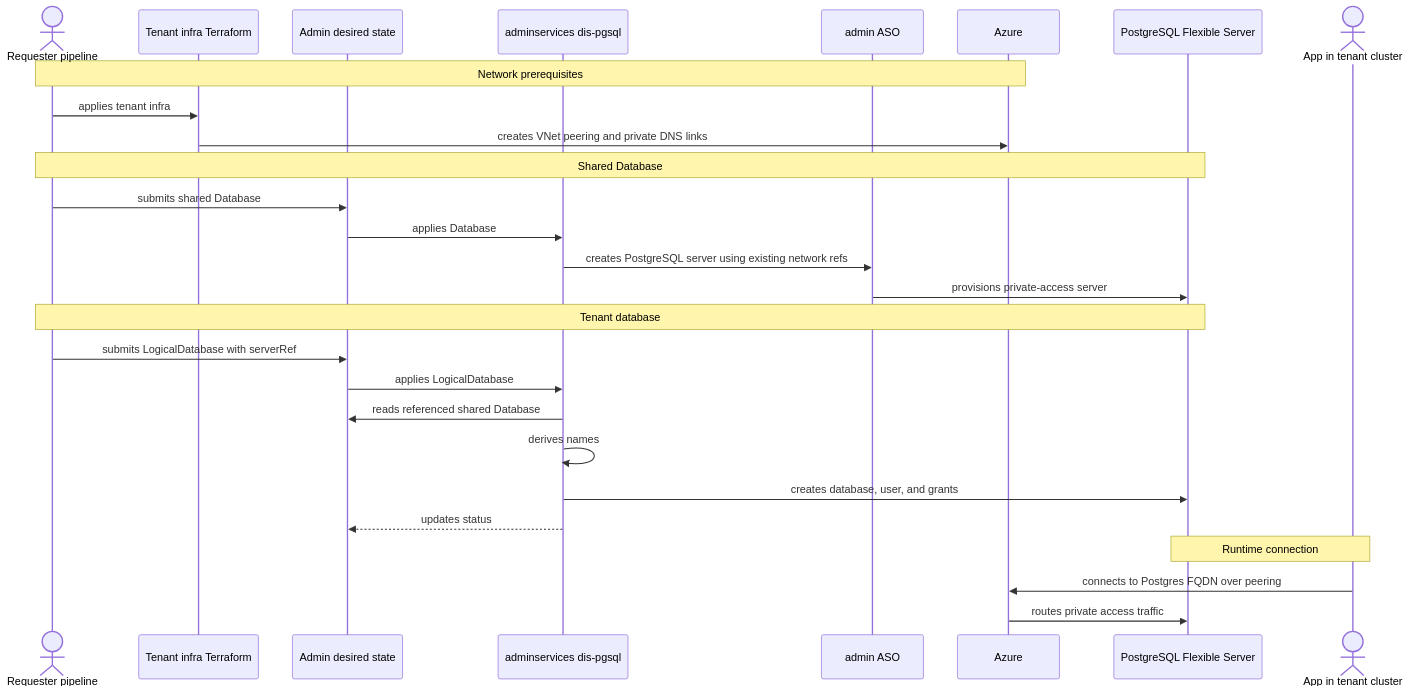
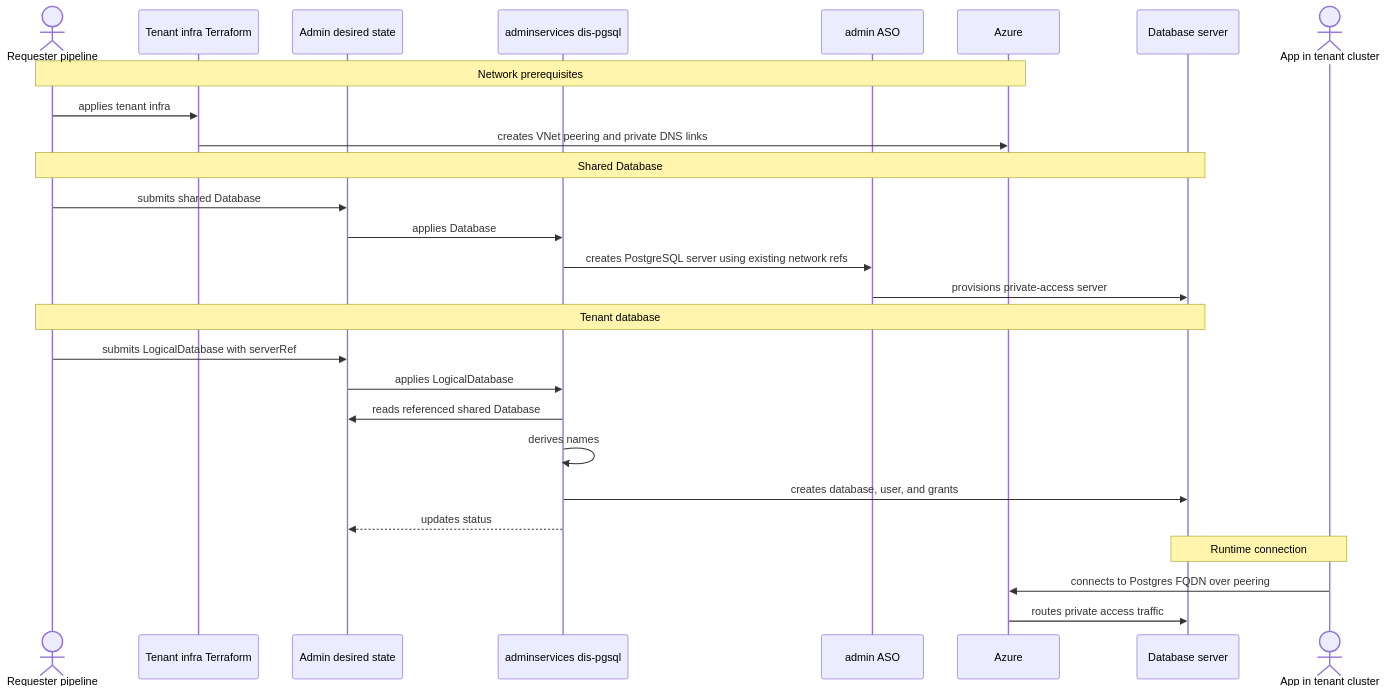
One commit to Altinn/altinn-platform changed the diagram in rfcs/0013-multitenant-dis-databases.md. Above: the diagram before and after it, drawn with Mermaid. The commit also changed other lines of this file, not shown here.

Commit message:
rfc: use dis database terminology

````diff
--- a/rfcs/0013-multitenant-dis-databases.md
+++ b/rfcs/0013-multitenant-dis-databases.md
@@ -47,33 +47,33 @@
 ```mermaid
 sequenceDiagram
     actor Requester as Requester pipeline
     participant Infra as Tenant infra Terraform
     participant DesiredState as Admin desired state
     participant Operator as adminservices dis-pgsql
     participant ASO as admin ASO
     participant Network as Azure
-    participant Postgres as PostgreSQL Flexible Server
+    participant Postgres as Database server
     actor App as App in tenant cluster
 
     Note over Requester,Network: Network prerequisites
     Requester->>Infra: applies tenant infra
     Infra->>Network: creates VNet peering and private DNS links
 
     Note over Requester,Postgres: Shared Database
     Requester->>DesiredState: submits shared Database
     DesiredState->>Operator: applies Database
     Operator->>ASO: creates PostgreSQL server using existing network refs
     ASO->>Postgres: provisions private-access server
 
     Note over Requester,Postgres: Tenant database
     Requester->>DesiredState: submits LogicalDatabase with serverRef
     DesiredState->>Operator: applies LogicalDatabase
     Operator->>DesiredState: reads referenced shared Database
     Operator->>Operator: derives names
     Operator->>Postgres: creates database, user, and grants
     Operator-->>DesiredState: updates status
 
     Note over App,Postgres: Runtime connection
     App->>Network: connects to Postgres FQDN over peering
     Network->>Postgres: routes private access traffic
 ```
````
